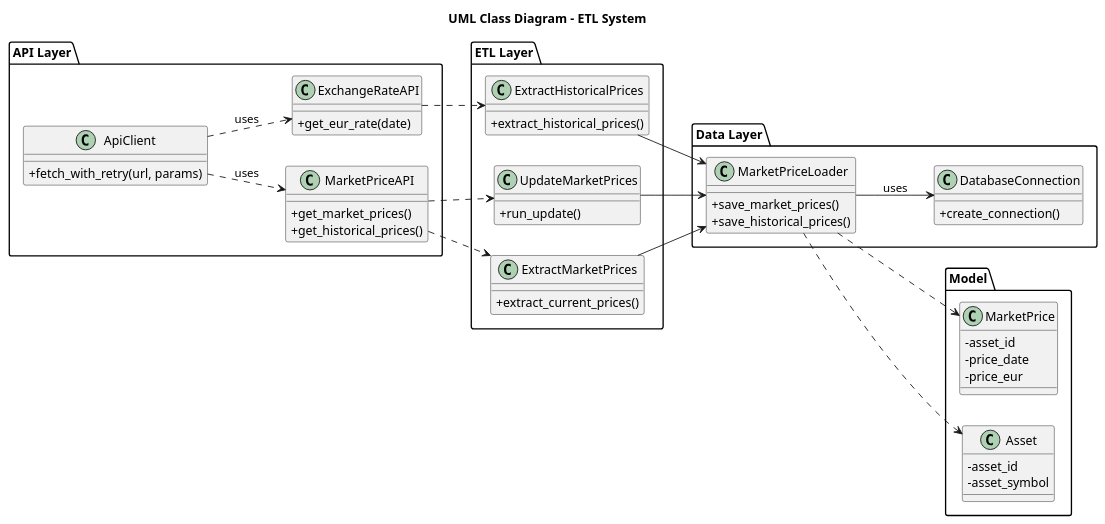
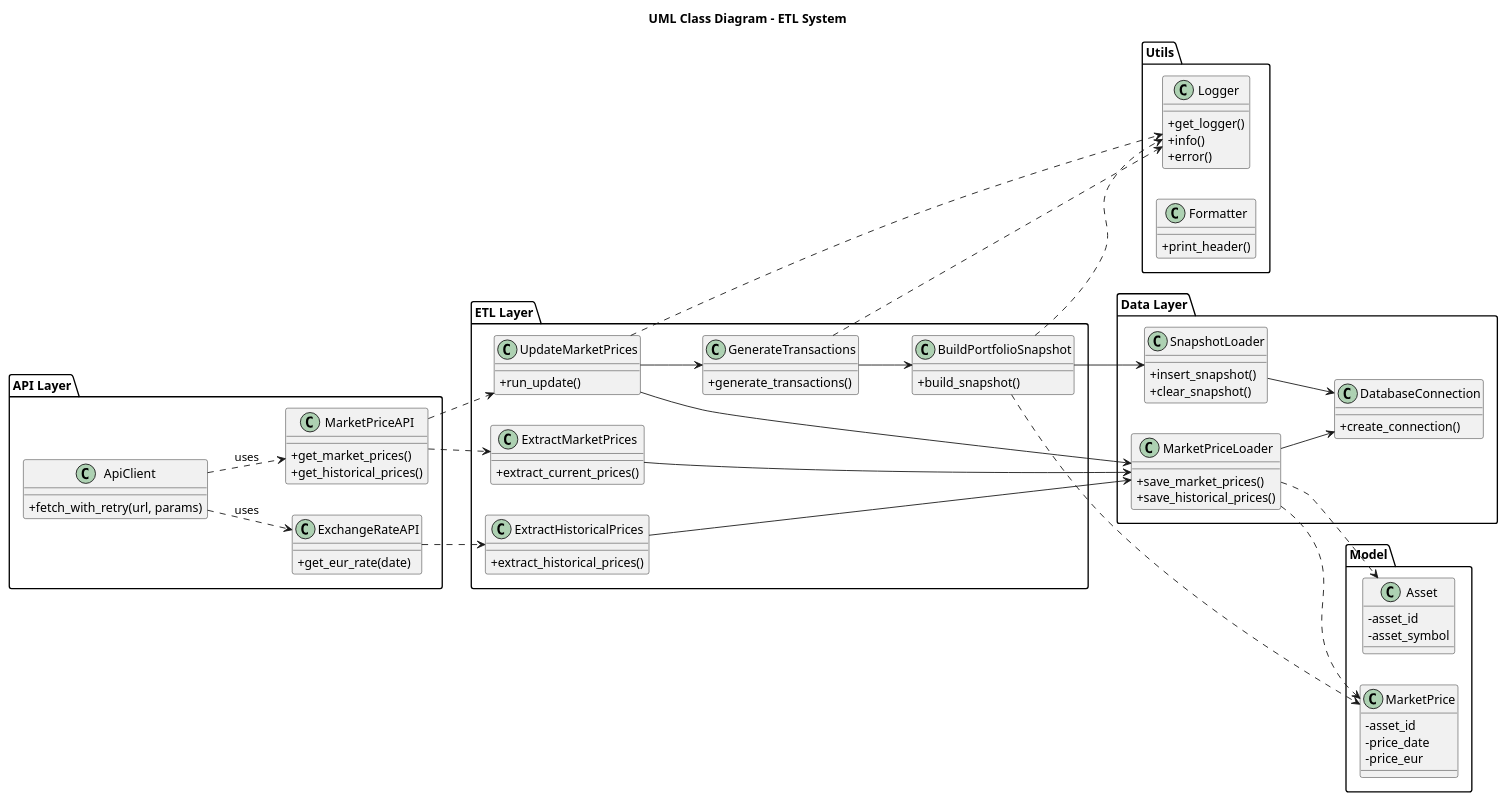
Before and after one commit to KaterynaSavelieva/crypto-portfolio-analytics: the diagram in image/ETL.puml, drawn with PlantUML. The commit also changed 20 other files, not shown here.

```diff
--- a/image/ETL.puml
+++ b/image/ETL.puml
@@ -1,74 +1,119 @@
 @startuml
 title UML Class Diagram - ETL System
 left to right direction
 skinparam classAttributeIconSize 0
 
 package "API Layer" {
     class ApiClient {
         +fetch_with_retry(url, params)
     }
 
     class ExchangeRateAPI {
         +get_eur_rate(date)
     }
 
     class MarketPriceAPI {
         +get_market_prices()
         +get_historical_prices()
     }
 }
 
 package "ETL Layer" {
+
     class ExtractMarketPrices {
         +extract_current_prices()
     }
 
     class ExtractHistoricalPrices {
         +extract_historical_prices()
     }
 
     class UpdateMarketPrices {
         +run_update()
     }
+
+    class GenerateTransactions {
+        +generate_transactions()
+    }
+
+    class BuildPortfolioSnapshot {
+        +build_snapshot()
+    }
 }
 
 package "Data Layer" {
+
     class DatabaseConnection {
         +create_connection()
     }
 
     class MarketPriceLoader {
         +save_market_prices()
         +save_historical_prices()
+    }
+
+    class SnapshotLoader {
+        +insert_snapshot()
+        +clear_snapshot()
+    }
+}
+
+package "Utils" {
+    class Logger {
+        +get_logger()
+        +info()
+        +error()
+    }
+
+    class Formatter {
+        +print_header()
     }
 }
 
 package "Model" {
     class Asset {
         -asset_id
         -asset_symbol
     }
 
     class MarketPrice {
         -asset_id
         -price_date
         -price_eur
     }
 }
 
+' API usage
 ApiClient ..> ExchangeRateAPI : uses
 ApiClient ..> MarketPriceAPI : uses
 
-ExchangeRateAPI ..> ExtractHistoricalPrices
+' ETL flow
 MarketPriceAPI ..> ExtractMarketPrices
 MarketPriceAPI ..> UpdateMarketPrices
+ExchangeRateAPI ..> ExtractHistoricalPrices
 
 ExtractMarketPrices --> MarketPriceLoader
 ExtractHistoricalPrices --> MarketPriceLoader
 UpdateMarketPrices --> MarketPriceLoader
 
-MarketPriceLoader --> DatabaseConnection : uses
+' New flow
+UpdateMarketPrices --> GenerateTransactions
+GenerateTransactions --> BuildPortfolioSnapshot
+
+BuildPortfolioSnapshot --> SnapshotLoader
+
+' DB usage
+MarketPriceLoader --> DatabaseConnection
+SnapshotLoader --> DatabaseConnection
+
+' Models
 MarketPriceLoader ..> Asset
 MarketPriceLoader ..> MarketPrice
+BuildPortfolioSnapshot ..> MarketPrice
+
+' Utils usage
+UpdateMarketPrices ..> Logger
+GenerateTransactions ..> Logger
+BuildPortfolioSnapshot ..> Logger
 
 @enduml
```
